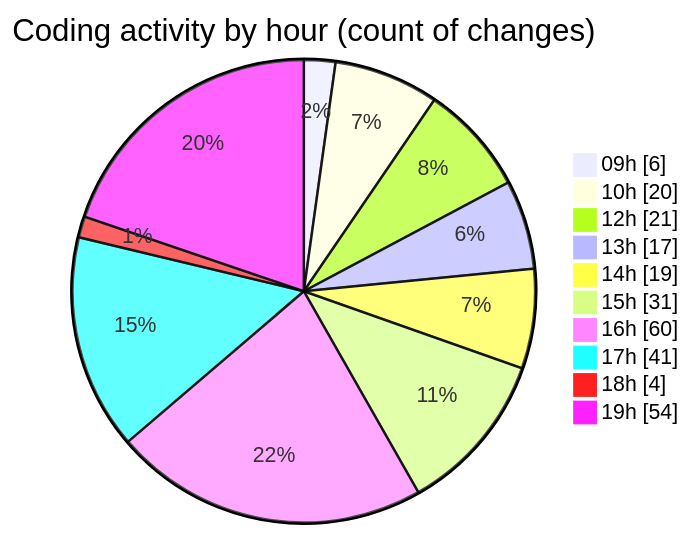
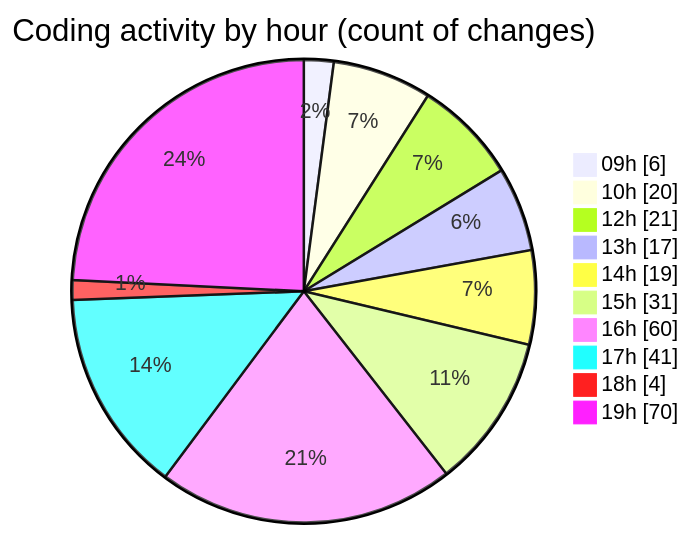
One commit to becaeroporto-bot/code-tracking changed the second of 2 diagrams in 2026-02-18/bot_v1_2/README.md. Above: the diagram before and after it, drawn with Mermaid. The commit also changed other lines of this file and 1 other file, not shown here.

````diff
--- a/2026-02-18/bot_v1_2/README.md
+++ b/2026-02-18/bot_v1_2/README.md
@@ -58,14 +59,14 @@
 ```mermaid
 pie showData
 title Coding activity by hour (count of changes)
 "09h" : 6
 "10h" : 20
 "12h" : 21
 "13h" : 17
 "14h" : 19
 "15h" : 31
 "16h" : 60
 "17h" : 41
 "18h" : 4
-"19h" : 54
+"19h" : 70
 ```
````
